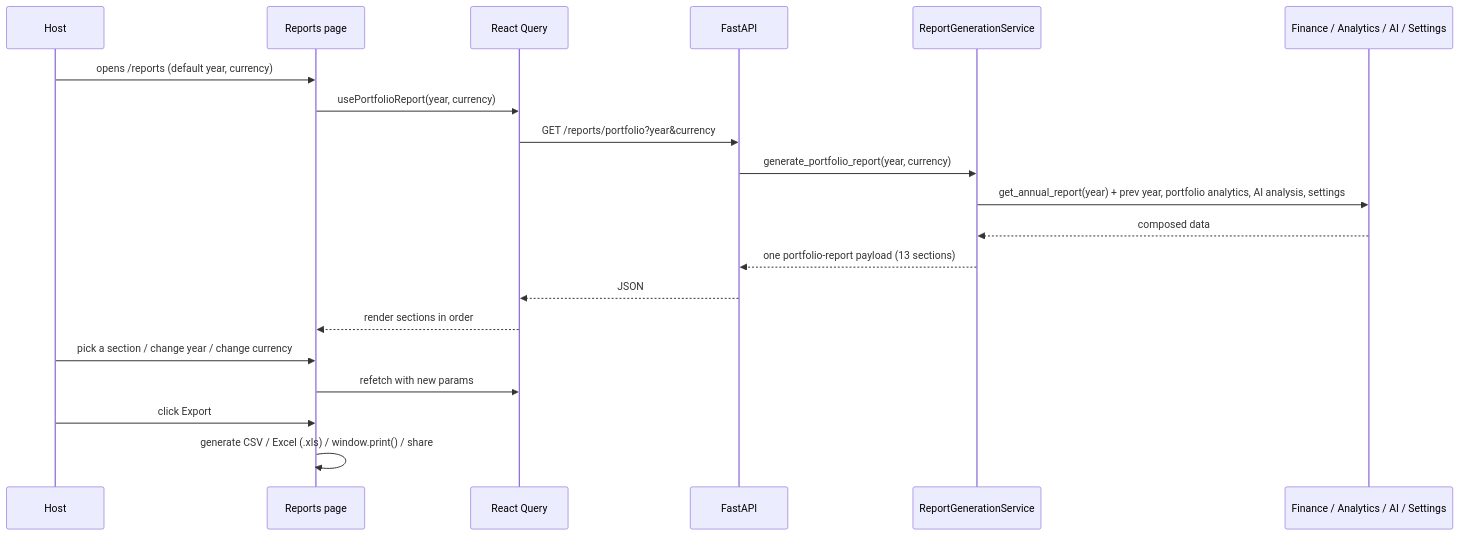
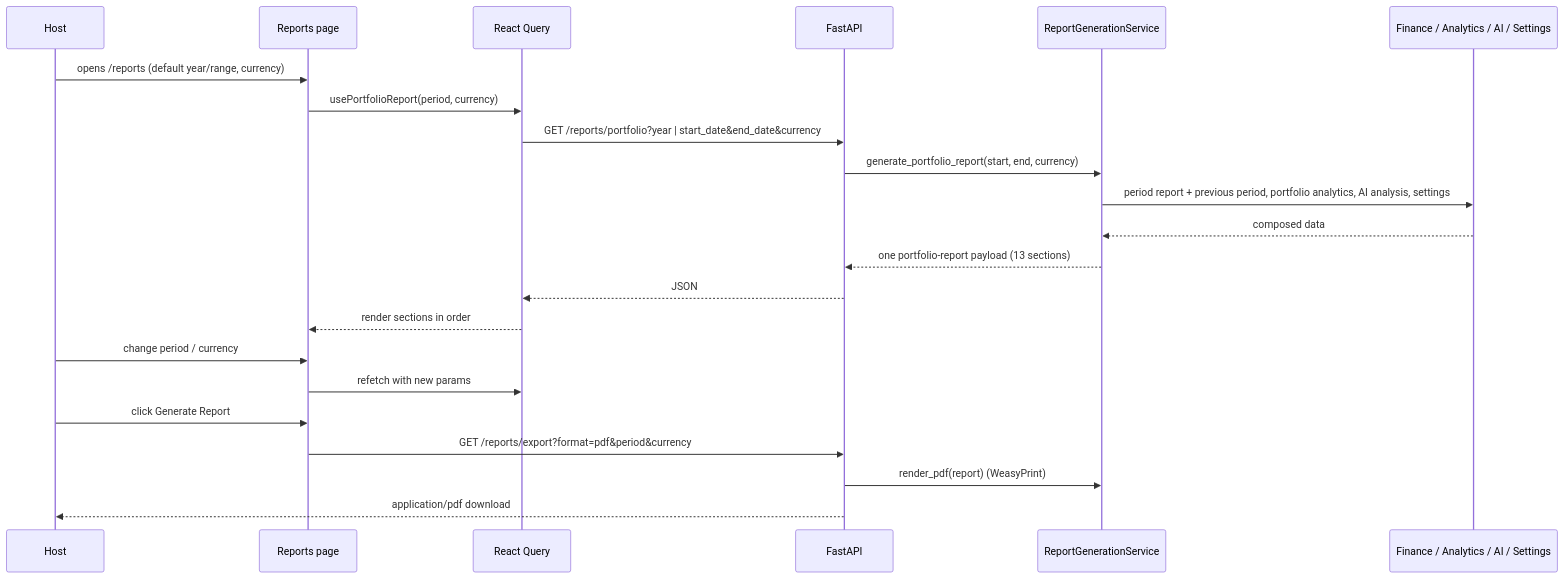
The diagram in docs/reports-audit.md (mahmoud-ath/HostWise), drawn with Mermaid before and after one commit. The commit also changed other lines of this file and 43 other files, not shown here.

````diff
--- a/docs/reports-audit.md
+++ b/docs/reports-audit.md
@@ -34,23 +38,25 @@
 ```mermaid
 sequenceDiagram
     participant U as Host
     participant R as Reports page
     participant Q as React Query
     participant API as FastAPI
     participant S as ReportGenerationService
     participant F as Finance / Analytics / AI / Settings
 
-    U->>R: opens /reports (default year, currency)
-    R->>Q: usePortfolioReport(year, currency)
-    Q->>API: GET /reports/portfolio?year&currency
-    API->>S: generate_portfolio_report(year, currency)
-    S->>F: get_annual_report(year) + prev year, portfolio analytics, AI analysis, settings
+    U->>R: opens /reports (default year/range, currency)
+    R->>Q: usePortfolioReport(period, currency)
+    Q->>API: GET /reports/portfolio?year | start_date&end_date&currency
+    API->>S: generate_portfolio_report(start, end, currency)
+    S->>F: period report + previous period, portfolio analytics, AI analysis, settings
     F-->>S: composed data
     S-->>API: one portfolio-report payload (13 sections)
     API-->>Q: JSON
     Q-->>R: render sections in order
-    U->>R: pick a section / change year / change currency
+    U->>R: change period / currency
     R->>Q: refetch with new params
-    U->>R: click Export
-    R->>R: generate CSV / Excel (.xls) / window.print() / share
+    U->>R: click Generate Report
+    R->>API: GET /reports/export?format=pdf&period&currency
+    API->>S: render_pdf(report) (WeasyPrint)
+    API-->>U: application/pdf download
 ```
````
